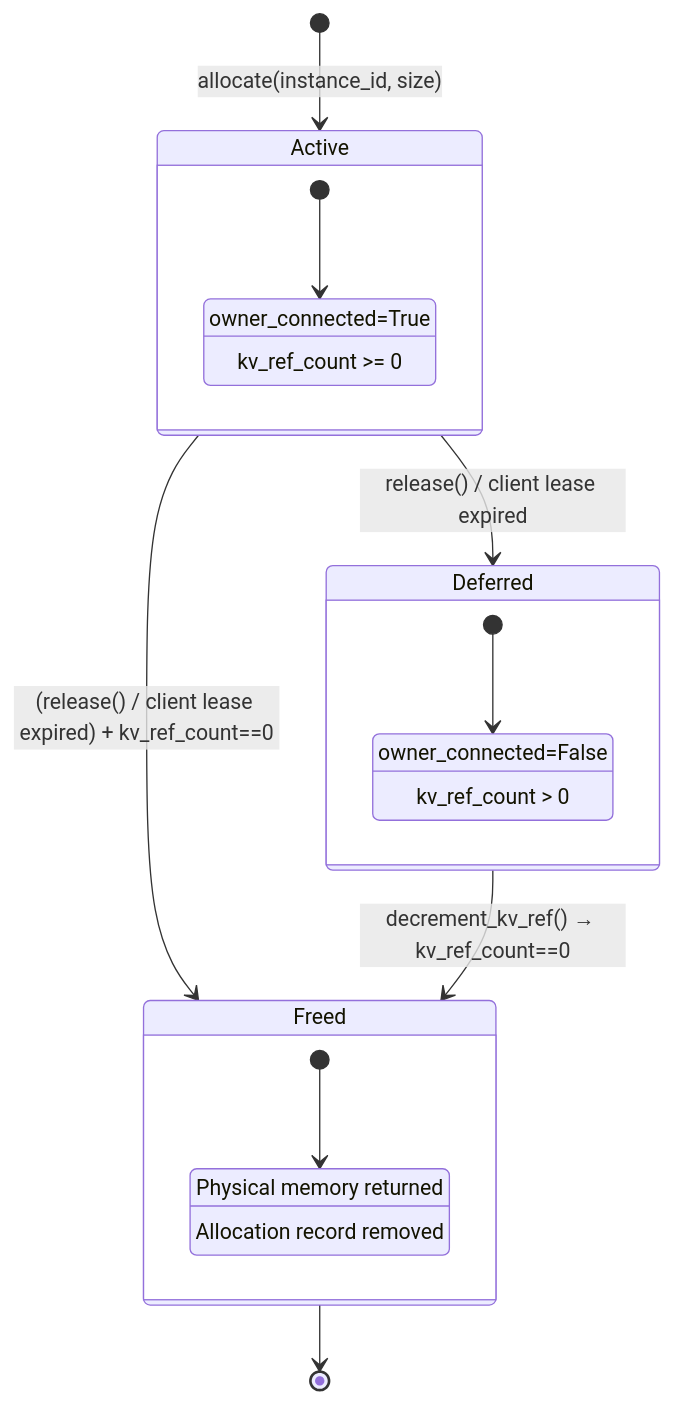
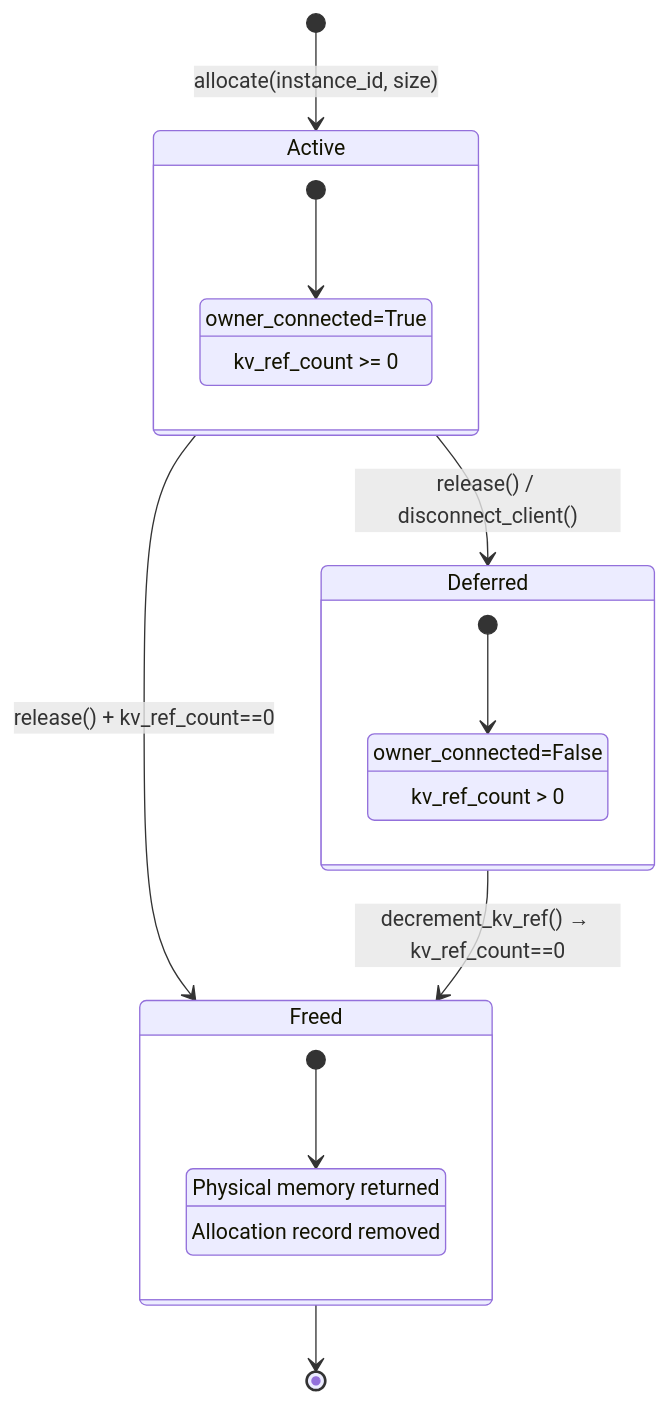
Before and after one commit to xcena-dev/maru: the second of 2 diagrams in docs/source/design_doc/maru_server.md, drawn with Mermaid. The commit also changed other lines of this file and 13 other files, not shown here.

First line of the commit message:
revert: drop the client lease that #96 no longer carries

````diff
--- a/docs/source/design_doc/maru_server.md
+++ b/docs/source/design_doc/maru_server.md
@@ -55,28 +55,28 @@
 ```mermaid
 stateDiagram-v2
     [*] --> Active: allocate(instance_id, size)
 
     state Active {
         [*] --> Connected
         Connected: owner_connected=True
         Connected: kv_ref_count >= 0
     }
 
-    Active --> Deferred: release() / client lease expired
+    Active --> Deferred: release() / disconnect_client()
     state Deferred {
         [*] --> Waiting
         Waiting: owner_connected=False
         Waiting: kv_ref_count > 0
     }
 
-    Active --> Freed: (release() / client lease expired) + kv_ref_count==0
+    Active --> Freed: release() + kv_ref_count==0
     Deferred --> Freed: decrement_kv_ref() → kv_ref_count==0
 
     state Freed {
         [*] --> Done
         Done: Physical memory returned
         Done: Allocation record removed
     }
 
     Freed --> [*]
 ```
````
